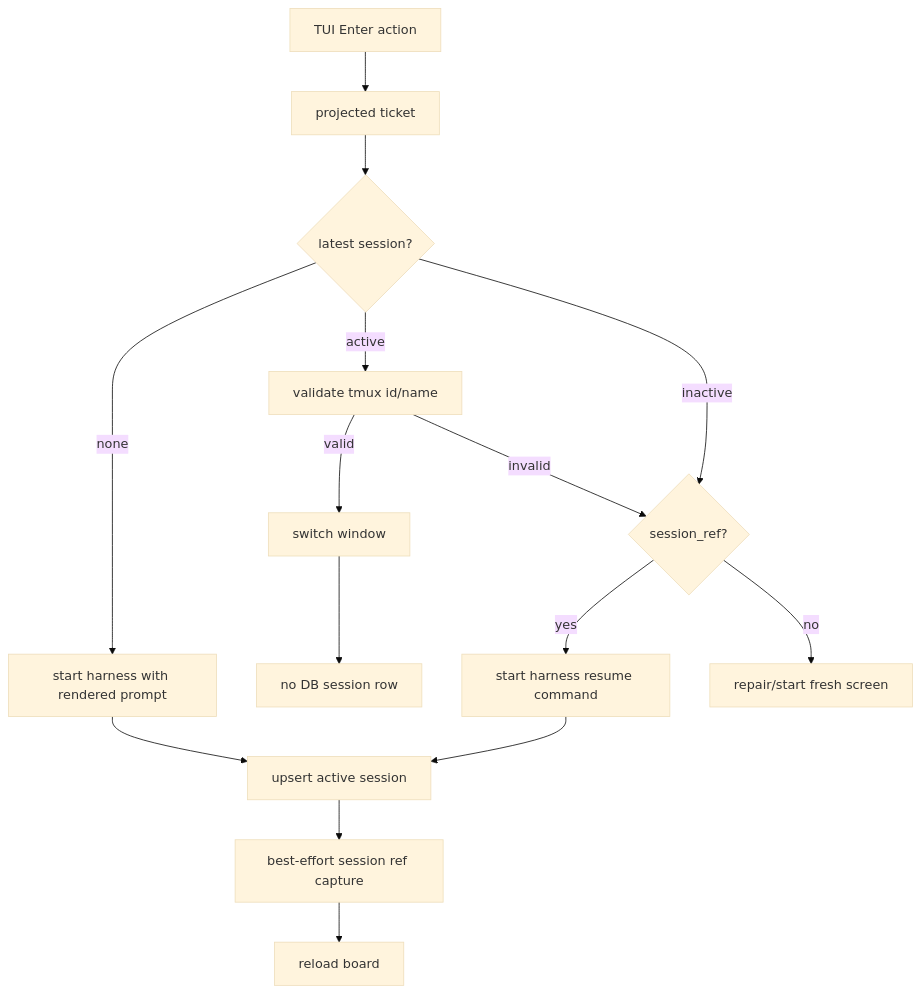
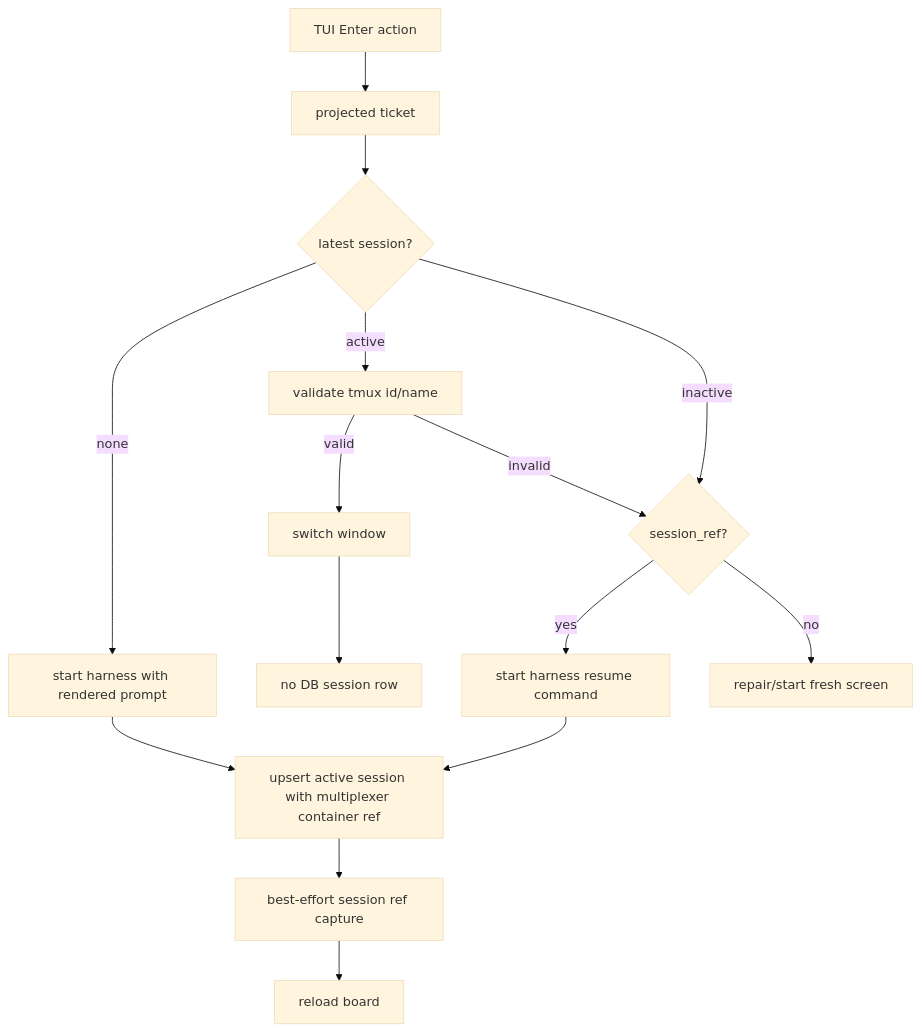
Before and after one commit to carlotran4/kanbi: the second of 2 diagrams in docs/ticket-session-lifecycle.md, drawn with Mermaid (base theme). The commit also changed other lines of this file and 9 other files, not shown here.

````diff
--- a/docs/ticket-session-lifecycle.md
+++ b/docs/ticket-session-lifecycle.md
@@ -54,17 +54,17 @@
 ```mermaid
 flowchart TD
     TUI[TUI Enter action] --> Ticket[projected ticket]
     Ticket --> Decision{latest session?}
     Decision -- none --> Start[start harness with rendered prompt]
     Decision -- active --> Validate[validate tmux id/name]
     Validate -- valid --> Switch[switch window]
     Validate -- invalid --> Ref{session_ref?}
     Decision -- inactive --> Ref
     Ref -- yes --> Resume[start harness resume command]
     Ref -- no --> Repair[repair/start fresh screen]
-    Start --> Upsert[upsert active session]
+    Start --> Upsert[upsert active session with multiplexer container ref]
     Resume --> Upsert
     Switch --> NoWrite[no DB session row]
     Upsert --> CaptureRef[best-effort session ref capture]
     CaptureRef --> Board[reload board]
 ```
````
